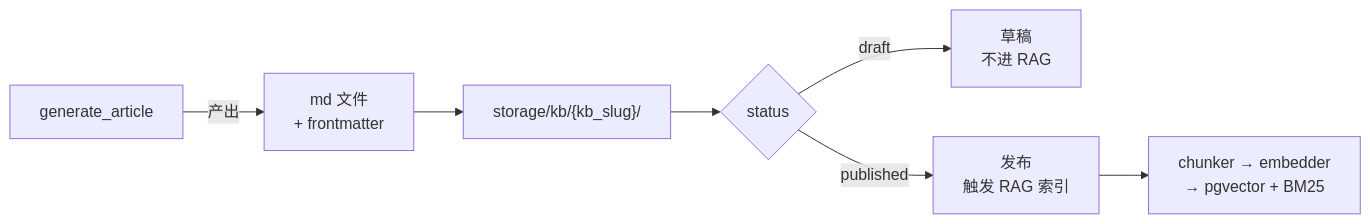
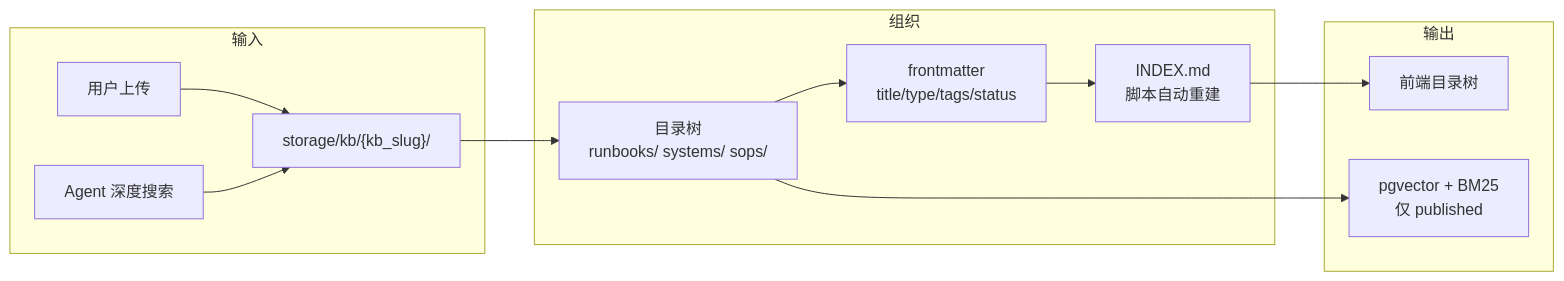
Before and after one commit to int2t05/Cognik: the sixth of 10 diagrams in docs/ROADMAP.md, drawn with Mermaid. The commit also changed other lines of this file, not shown here.

First line of the commit message:
docs(roadmap): 全量更新 — 新增 V1.5 知识库组织 + 简洁纯净

````diff
--- a/docs/ROADMAP.md
+++ b/docs/ROADMAP.md
@@ -329,9 +334,16 @@
 ```mermaid
 flowchart LR
-    GEN["generate_article"] -->|"产出"| MD["md 文件<br/>+ frontmatter"]
-    MD --> STORE["storage/kb/{kb_slug}/"]
-    STORE --> STATUS{"status"}
-    STATUS -->|"draft"| DRAFT["草稿<br/>不进 RAG"]
-    STATUS -->|"published"| PUB["发布<br/>触发 RAG 索引"]
-    PUB --> RAG["chunker → embedder<br/>→ pgvector + BM25"]
+    subgraph 输入["输入"]
+        UP["用户上传"] --> STORE["storage/kb/{kb_slug}/"]
+        AG["Agent 深度搜索"] --> STORE
+    end
+    subgraph 组织["组织"]
+        STORE --> TREE["目录树<br/>runbooks/ systems/ sops/"]
+        TREE --> FM["frontmatter<br/>title/type/tags/status"]
+        FM --> IDX["INDEX.md<br/>脚本自动重建"]
+    end
+    subgraph 输出["输出"]
+        IDX --> UI["前端目录树"]
+        TREE --> RAG["pgvector + BM25<br/>仅 published"]
+    end
 ```
````
